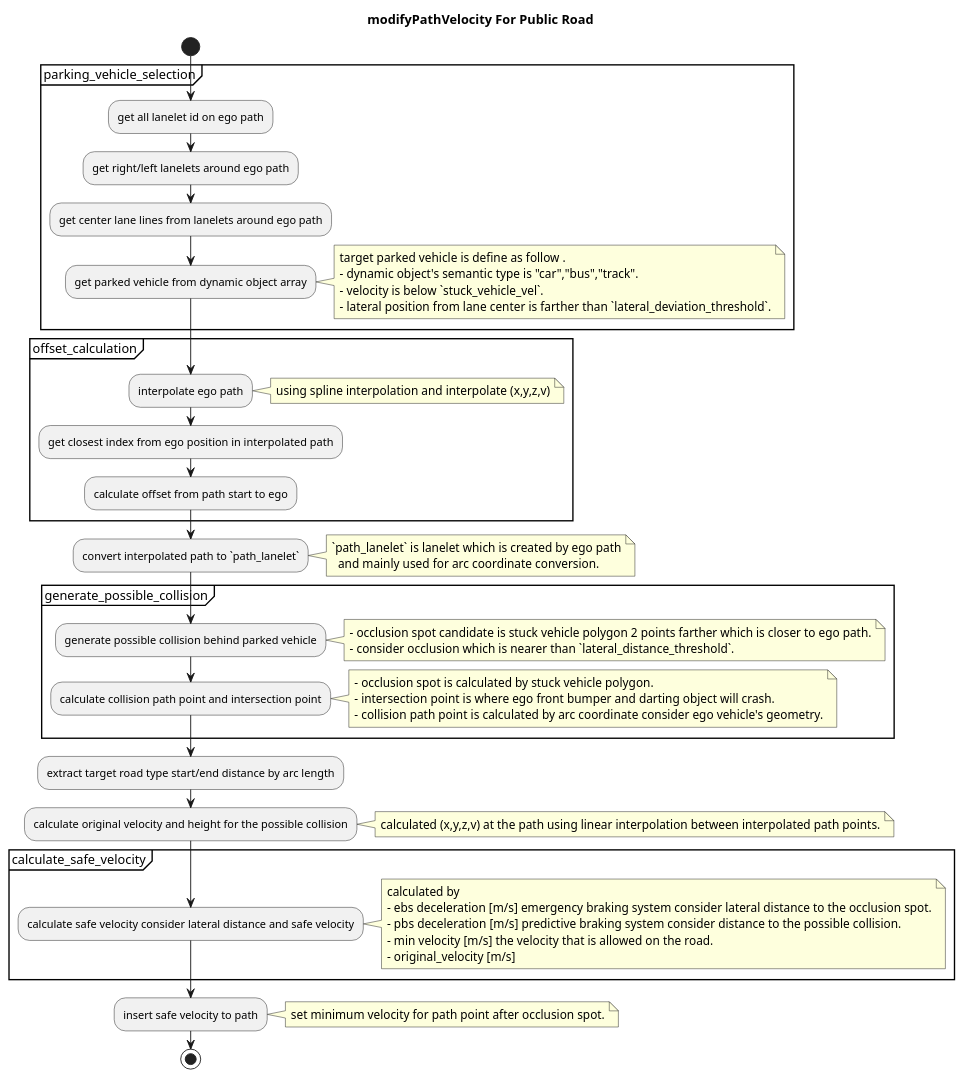
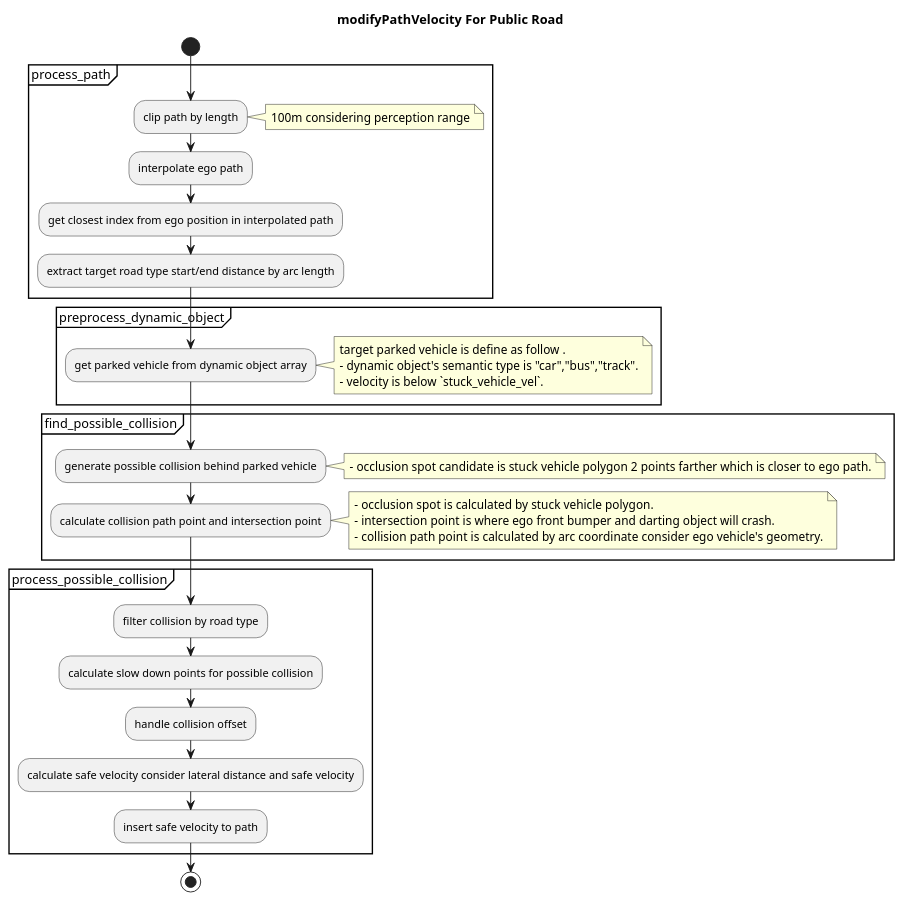
Before and after one commit to autowarefoundation/autoware: the second of 3 diagrams in planning/behavior_velocity_planner/occlusion-spot-design.md, drawn with PlantUML. The commit also changed other lines of this file and 10 other files, not shown here.

First line of the commit message:
fix(behavior_velocity): occlusion spot offset (#290)

````diff
--- a/planning/behavior_velocity_planner/occlusion-spot-design.md
+++ b/planning/behavior_velocity_planner/occlusion-spot-design.md
@@ -125,64 +156,44 @@
 ```plantuml
 @startuml
 title modifyPathVelocity For Public Road
 start
-partition parking_vehicle_selection {
-:get all lanelet id on ego path;
-:get right/left lanelets around ego path;
-:get center lane lines from lanelets around ego path;
+
+partition process_path {
+:clip path by length;
+note right
+  100m considering perception range
+end note
+:interpolate ego path;
+:get closest index from ego position in interpolated path;
+:extract target road type start/end distance by arc length;
+}
+partition preprocess_dynamic_object {
 :get parked vehicle from dynamic object array;
 note right
   target parked vehicle is define as follow .
   - dynamic object's semantic type is "car","bus","track".
   - velocity is below `stuck_vehicle_vel`.
-  - lateral position from lane center is farther than `lateral_deviation_threshold`.
 end note
 }
-partition offset_calculation {
-:interpolate ego path;
-note right
-  using spline interpolation and interpolate (x,y,z,v)
-end note
-:get closest index from ego position in interpolated path;
-:calculate offset from path start to ego;
-}
-:convert interpolated path to `path_lanelet`;
-note right
-  `path_lanelet` is lanelet which is created by ego path
-    and mainly used for arc coordinate conversion.
-end note
-partition generate_possible_collision {
+partition find_possible_collision {
 :generate possible collision behind parked vehicle;
 note right
   - occlusion spot candidate is stuck vehicle polygon 2 points farther which is closer to ego path.
-  - consider occlusion which is nearer than `lateral_distance_threshold`.
 end note
 :calculate collision path point and intersection point;
 note right
   - occlusion spot is calculated by stuck vehicle polygon.
   - intersection point is where ego front bumper and darting object will crash.
   - collision path point is calculated by arc coordinate consider ego vehicle's geometry.
 end note
 }
-:extract target road type start/end distance by arc length;
-:calculate original velocity and height for the possible collision;
-note right
-calculated (x,y,z,v) at the path using linear interpolation between interpolated path points.
-end note
-partition calculate_safe_velocity {
+partition process_possible_collision {
+:filter collision by road type;
+:calculate slow down points for possible collision;
+:handle collision offset;
 :calculate safe velocity consider lateral distance and safe velocity;
-note right
-calculated by
-- ebs deceleration [m/s] emergency braking system consider lateral distance to the occlusion spot.
-- pbs deceleration [m/s] predictive braking system consider distance to the possible collision.
-- min velocity [m/s] the velocity that is allowed on the road.
-- original_velocity [m/s]
-end note
+:insert safe velocity to path;
 }
-:insert safe velocity to path;
-note right
- set minimum velocity for path point after occlusion spot.
-end note
 stop
 @enduml
 ```
````
